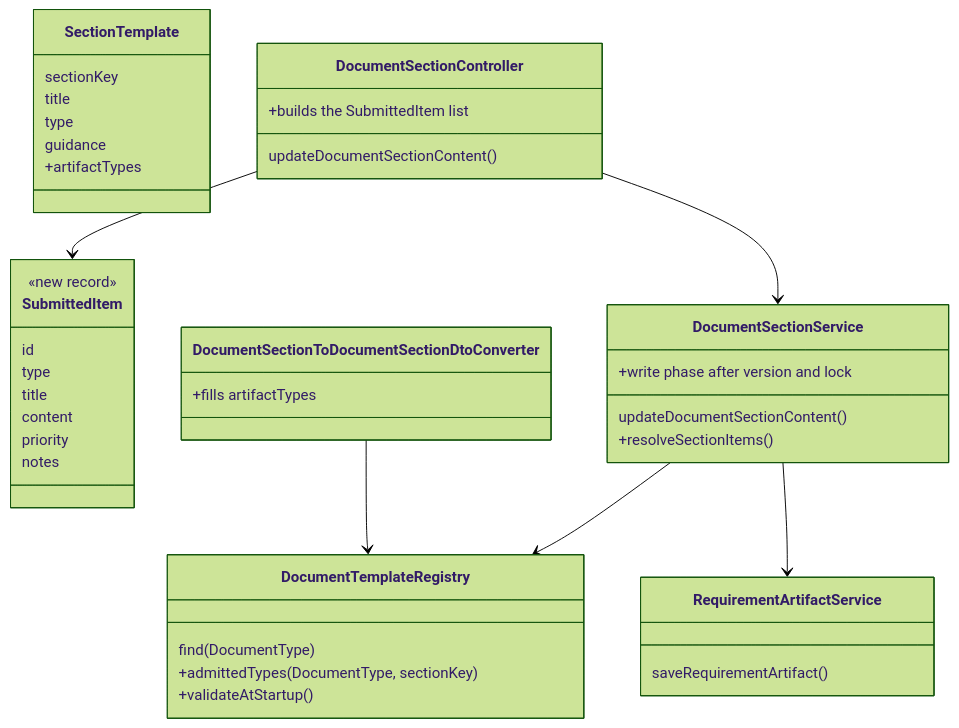
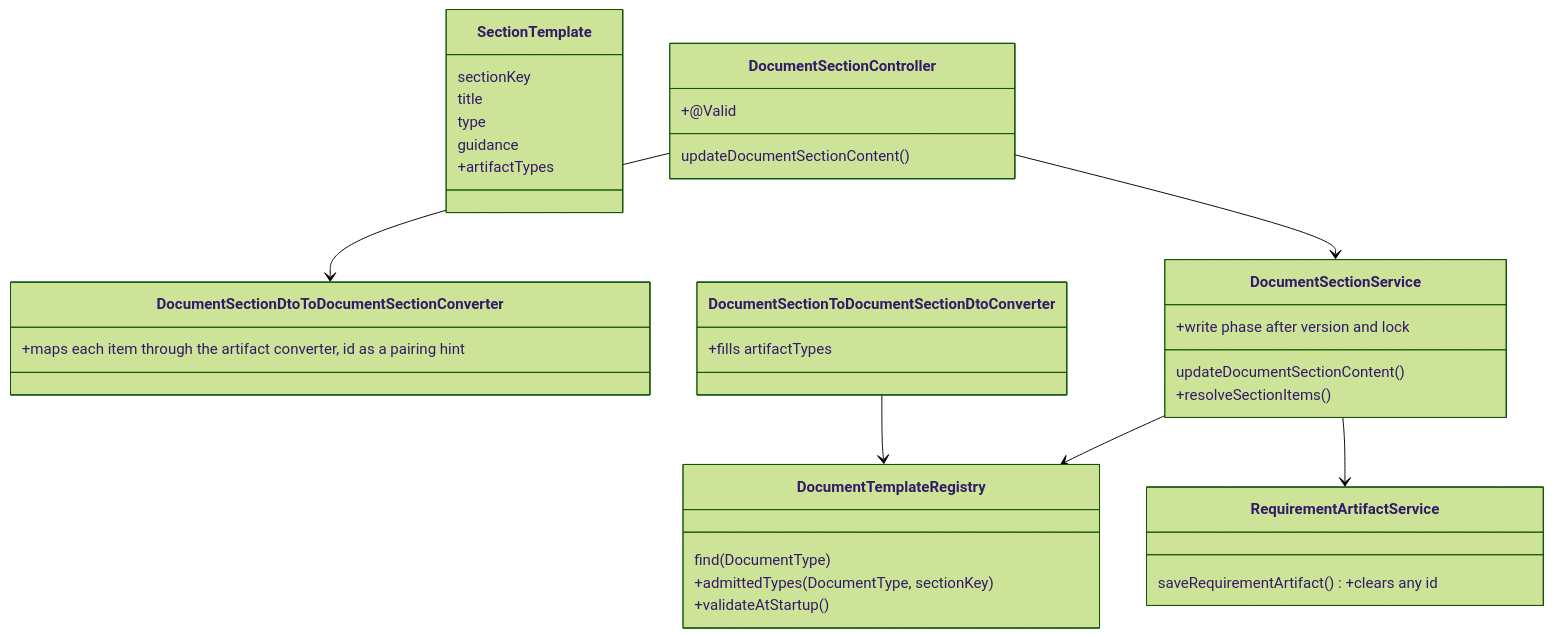
The first of 2 diagrams in docs/design/art.md (Washingtonwei/project-pulse), drawn with Mermaid (forest theme) before and after one commit. The commit also changed other lines of this file and 21 other files, not shown here.

````diff
--- a/docs/design/art.md
+++ b/docs/design/art.md
@@ -26,44 +26,38 @@
 ```mermaid
 classDiagram
   class SectionTemplate {
     sectionKey
     title
     type
     guidance
     +artifactTypes
   }
   class DocumentTemplateRegistry {
     find(DocumentType)
     +admittedTypes(DocumentType, sectionKey)
     +validateAtStartup()
   }
   class DocumentSectionController {
     updateDocumentSectionContent()
-    +builds the SubmittedItem list
+    +@Valid
   }
-  class SubmittedItem {
-    <<new record>>
-    id
-    type
-    title
-    content
-    priority
-    notes
+  class DocumentSectionDtoToDocumentSectionConverter {
+    +maps each item through the artifact converter, id as a pairing hint
   }
   class DocumentSectionService {
     updateDocumentSectionContent()
     +resolveSectionItems()
     +write phase after version and lock
   }
   class DocumentSectionToDocumentSectionDtoConverter {
     +fills artifactTypes
   }
   class RequirementArtifactService {
-    saveRequirementArtifact()
+    saveRequirementArtifact() +clears any id
   }
-  DocumentSectionController --> SubmittedItem
+  DocumentSectionController --> DocumentSectionDtoToDocumentSectionConverter
   DocumentSectionController --> DocumentSectionService
   DocumentSectionService --> DocumentTemplateRegistry
   DocumentSectionService --> RequirementArtifactService
   DocumentSectionToDocumentSectionDtoConverter --> DocumentTemplateRegistry
 ```
````
